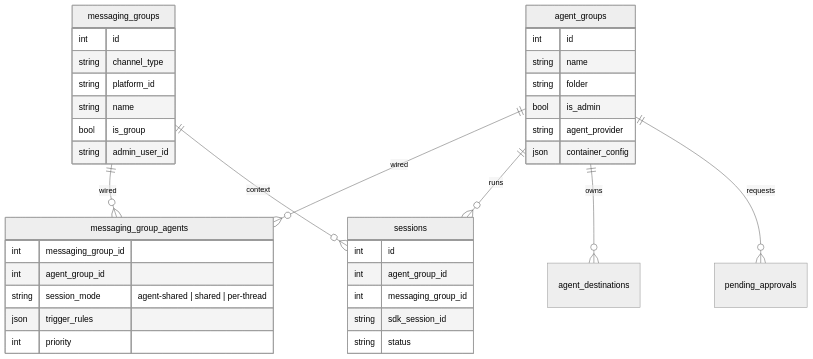
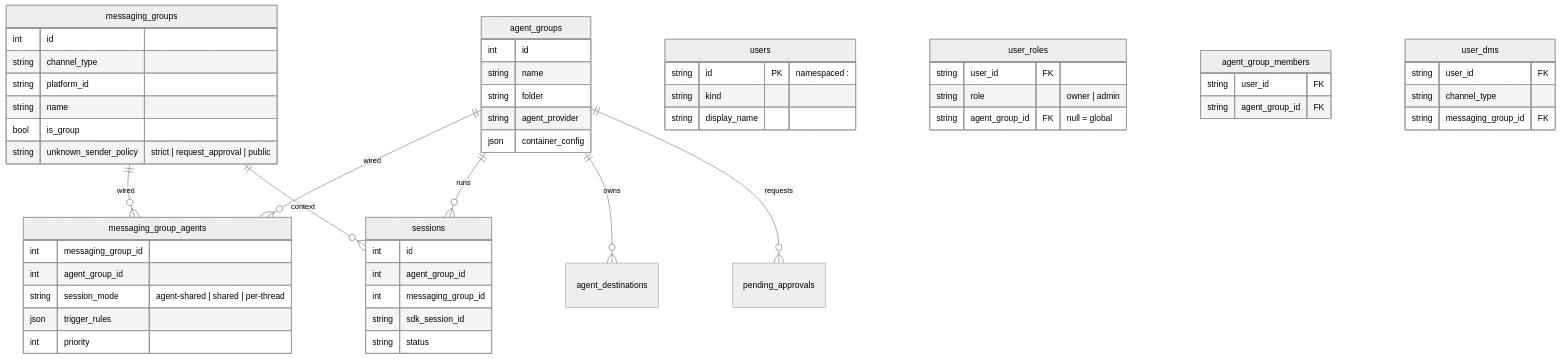
Before and after one commit to anupsinghinfra/oncellclaw: the fourth of 5 diagrams in docs/v2-architecture-diagram.md, drawn with Mermaid (neutral theme). The commit also changed 44 other files, not shown here.

First line of the commit message:
feat(v2): user-level privilege model + cold DM infra + init-first-agent skill

````diff
--- a/docs/v2-architecture-diagram.md
+++ b/docs/v2-architecture-diagram.md
@@ -132,40 +132,58 @@
 ```mermaid
 erDiagram
   agent_groups ||--o{ messaging_group_agents : wired
   messaging_groups ||--o{ messaging_group_agents : wired
   agent_groups ||--o{ sessions : runs
   messaging_groups ||--o{ sessions : context
   agent_groups ||--o{ agent_destinations : owns
   agent_groups ||--o{ pending_approvals : requests
 
   agent_groups {
     int id
     string name
     string folder
-    bool is_admin
     string agent_provider
     json container_config
   }
   messaging_groups {
     int id
     string channel_type
     string platform_id
     string name
     bool is_group
-    string admin_user_id
+    string unknown_sender_policy "strict | request_approval | public"
+  }
+  users {
+    string id PK "namespaced <channel>:<handle>"
+    string kind
+    string display_name
+  }
+  user_roles {
+    string user_id FK
+    string role "owner | admin"
+    string agent_group_id FK "null = global"
+  }
+  agent_group_members {
+    string user_id FK
+    string agent_group_id FK
+  }
+  user_dms {
+    string user_id FK
+    string channel_type
+    string messaging_group_id FK
   }
   messaging_group_agents {
     int messaging_group_id
     int agent_group_id
     string session_mode "agent-shared | shared | per-thread"
     json trigger_rules
     int priority
   }
   sessions {
     int id
     int agent_group_id
     int messaging_group_id
     string sdk_session_id
     string status
   }
 ```
````
